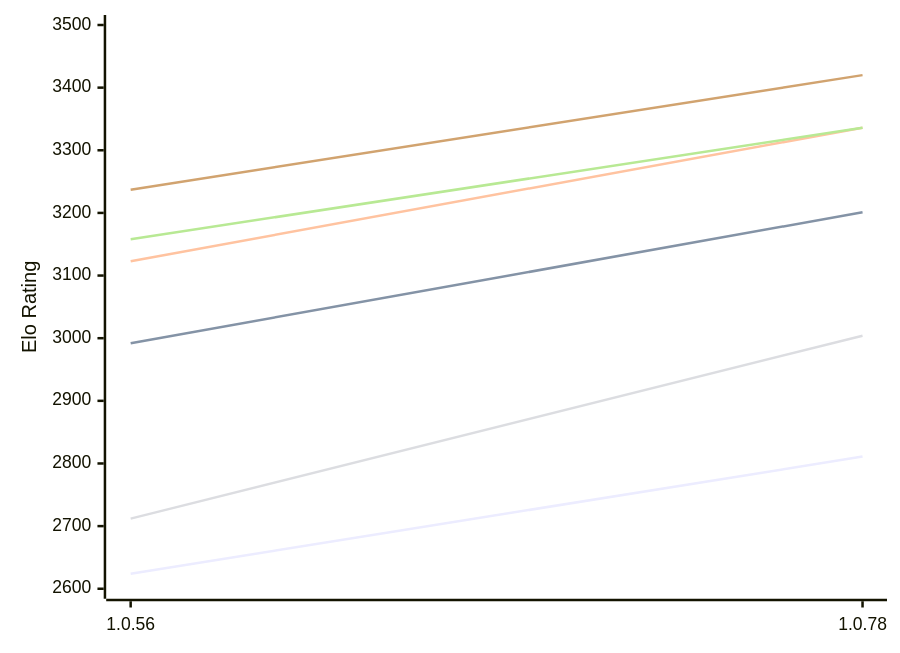
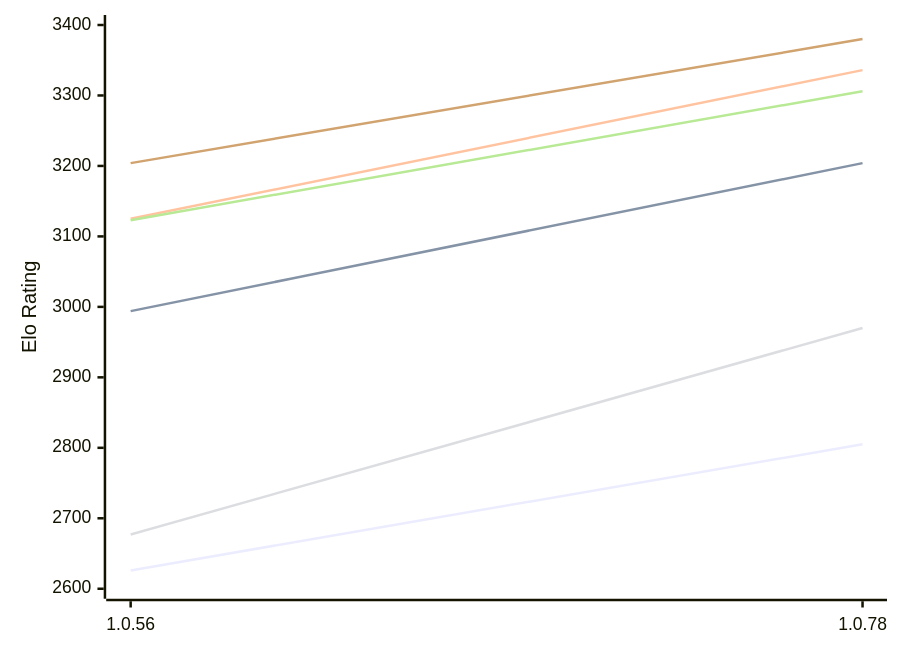
One commit to computer-chess-index/cci changed the first of 2 diagrams in engines/RustyRival.md. Above: the diagram before and after it, drawn with Mermaid. The commit also changed other lines of this file, not shown here.

Commit message:
Update CCI Ratings (ELO VLTC) - 2026-10-23

````diff
--- a/engines/RustyRival.md
+++ b/engines/RustyRival.md
@@ -63,12 +63,12 @@
 ```mermaid
 %%{init: {"theme":"base","themeVariables":{"seriesColors:['#a3a3a3','#222221','#faa371']}}}%%
 xychart-beta
   x-axis ["1.0.56", "1.0.78"]
-  y-axis "Elo Rating" 2600 --> 3500
-  line "E1: STC (8.0+0.08s)" [2624, 2811]
-  line "E1: LTC (60.0+0.60s)" [2992, 3201]
-  line "E1: VLTC (2m24s+1.12s)" [3123, 3336]
-  line "P1: STC (8.0+0.08s)" [2712, 3004]
-  line "P1: LTC (60.0+0.60s)" [3158, 3336]
-  line "P1: VLTC (2m24s+1.12s)" [3237, 3420]
+  y-axis "Elo Rating" 2600 --> 3400
+  line "E1: STC (8.0+0.08s)" [2626, 2805]
+  line "E1: LTC (60.0+0.60s)" [2994, 3204]
+  line "E1: VLTC (2m24s+1.12s)" [3125, 3336]
+  line "P1: STC (8.0+0.08s)" [2677, 2970]
+  line "P1: LTC (60.0+0.60s)" [3123, 3306]
+  line "P1: VLTC (2m24s+1.12s)" [3204, 3380]
 ```
````
